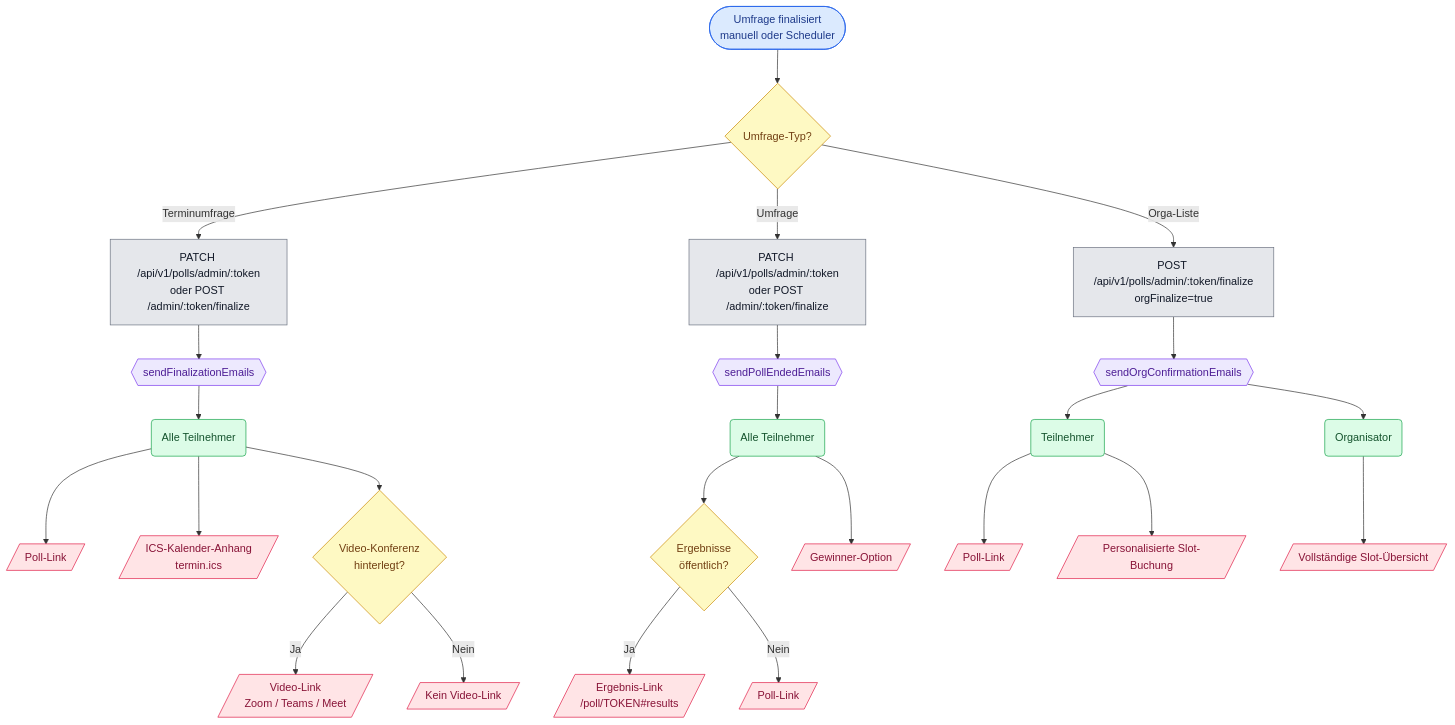
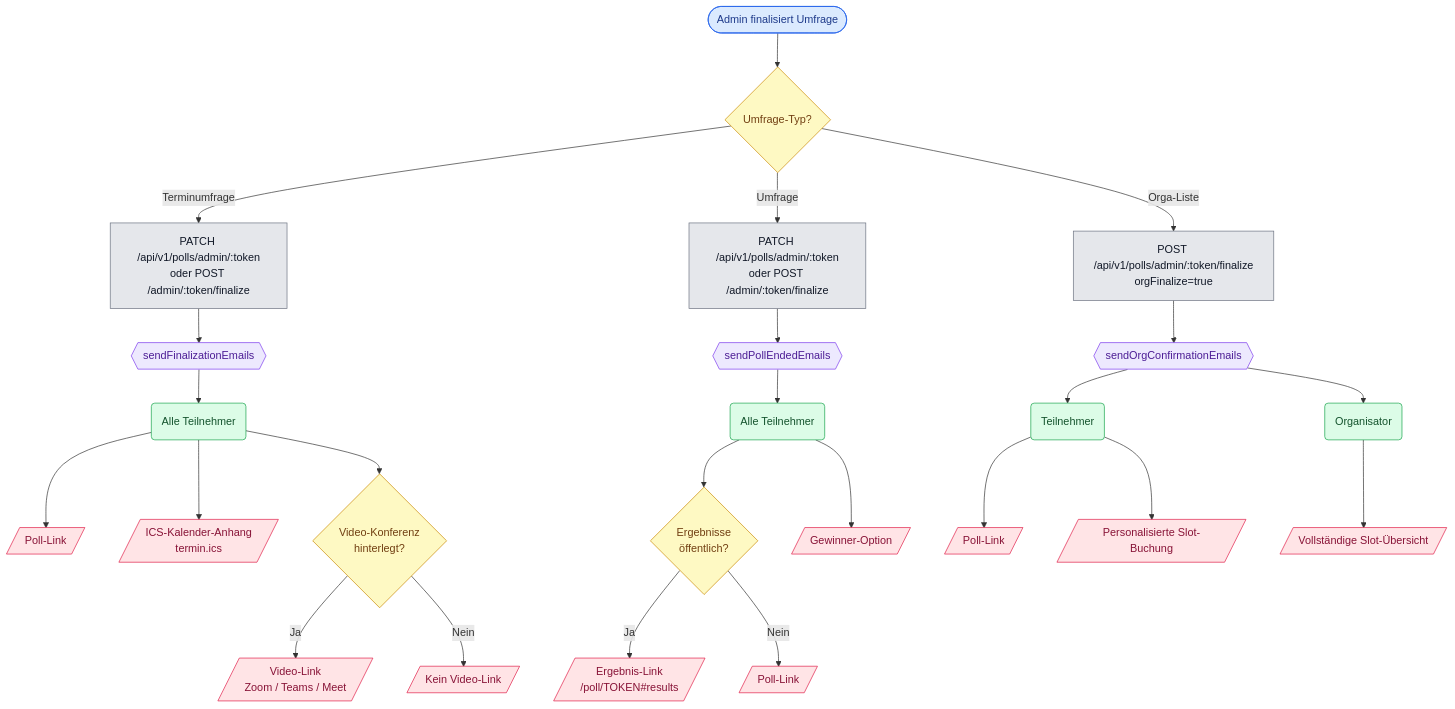
The fourth of 6 diagrams in docs/email-flows.md (manfredsteger/polly), drawn with Mermaid before and after one commit. The commit also changed other lines of this file, not shown here.

````diff
--- a/docs/email-flows.md
+++ b/docs/email-flows.md
@@ -171,39 +171,39 @@
 ```mermaid
 flowchart TD
-  final([Umfrage finalisiert<br>manuell oder Scheduler]):::trigger --> condType{Umfrage-Typ?}:::cond
+  final([Admin finalisiert Umfrage]):::trigger --> condType{Umfrage-Typ?}:::cond
 
   %% Schedule
   condType -->|Terminumfrage| schedRoute[PATCH /api/v1/polls/admin/:token<br>oder POST /admin/:token/finalize]:::route
   schedRoute --> mFinal{{sendFinalizationEmails}}:::mail
   mFinal --> rParts1(Alle Teilnehmer):::recv
   rParts1 --> lPoll1[/"Poll-Link"/]:::link
   rParts1 --> lIcs[/"ICS-Kalender-Anhang<br>termin.ics"/]:::link
   rParts1 --> condVideo{Video-Konferenz<br>hinterlegt?}:::cond
   condVideo -->|Ja| lVideo[/"Video-Link<br>Zoom / Teams / Meet"/]:::link
   condVideo -->|Nein| lNoVideo[/"Kein Video-Link"/]:::link
 
   %% Survey
   condType -->|Umfrage| surveyRoute[PATCH /api/v1/polls/admin/:token<br>oder POST /admin/:token/finalize]:::route
   surveyRoute --> mEnded1{{sendPollEndedEmails}}:::mail
   mEnded1 --> rParts2(Alle Teilnehmer):::recv
   rParts2 --> condPublic{Ergebnisse<br>öffentlich?}:::cond
   condPublic -->|Ja| lResults[/"Ergebnis-Link<br>/poll/TOKEN#results"/]:::link
   condPublic -->|Nein| lPoll2[/"Poll-Link"/]:::link
   rParts2 --> lWinner[/"Gewinner-Option"/]:::link
 
   %% Organization
   condType -->|Orga-Liste| orgRoute[POST /api/v1/polls/admin/:token/finalize<br>orgFinalize=true]:::route
   orgRoute --> mOrg{{sendOrgConfirmationEmails}}:::mail
   mOrg --> rPartsOrg(Teilnehmer):::recv
   rPartsOrg --> lPoll3[/"Poll-Link"/]:::link
   rPartsOrg --> lSlotPersonal[/"Personalisierte Slot-Buchung"/]:::link
   mOrg --> rOrganizer(Organisator):::recv
   rOrganizer --> lSlotFull[/"Vollständige Slot-Übersicht"/]:::link
 
   classDef trigger fill:#dbeafe,stroke:#2563eb,color:#1e3a8a;
   classDef cond fill:#fef9c3,stroke:#ca8a04,color:#713f12;
   classDef route fill:#e5e7eb,stroke:#6b7280,color:#111827;
   classDef mail fill:#ede9fe,stroke:#7c3aed,color:#4c1d95;
   classDef recv fill:#dcfce7,stroke:#16a34a,color:#14532d;
   classDef link fill:#ffe4e6,stroke:#e11d48,color:#881337;
 ```
````
